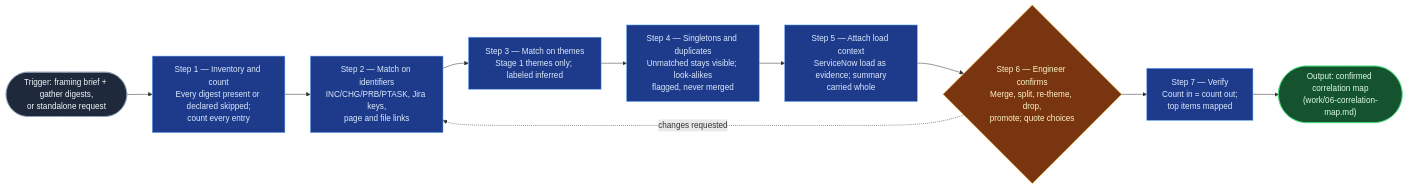
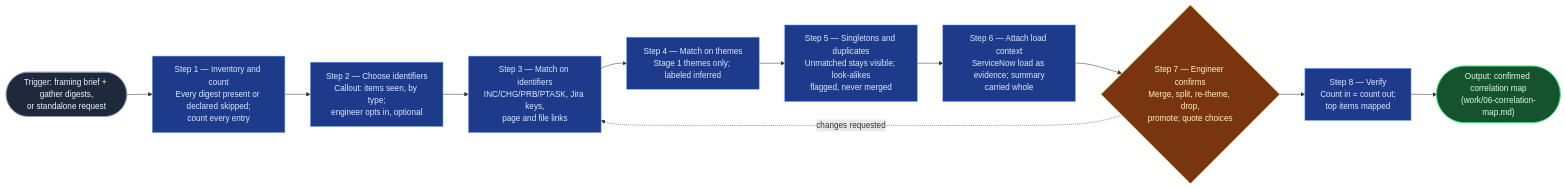
One commit to RafySauce/flow-lab changed the diagram in skill-foundry/review-skills/accomplishments-correlator/SKILL.md. Above: the diagram before and after it, drawn with Mermaid. The commit also changed other lines of this file and 1 other file, not shown here.

````diff
--- a/skill-foundry/review-skills/accomplishments-correlator/SKILL.md
+++ b/skill-foundry/review-skills/accomplishments-correlator/SKILL.md
@@ -47,18 +48,19 @@
 ```mermaid
 flowchart LR
     Start(["Trigger: framing brief + gather digests,<br/>or standalone request"]):::start --> I["Step 1 — Inventory and count<br/>Every digest present or declared skipped;<br/>count every entry"]:::process
-    I --> M["Step 2 — Match on identifiers<br/>INC/CHG/PRB/PTASK, Jira keys,<br/>page and file links"]:::process
-    M --> T["Step 3 — Match on themes<br/>Stage 1 themes only; labeled inferred"]:::process
-    T --> S["Step 4 — Singletons and duplicates<br/>Unmatched stays visible; look-alikes<br/>flagged, never merged"]:::process
-    S --> L["Step 5 — Attach load context<br/>ServiceNow load as evidence; summary<br/>carried whole"]:::process
-    L --> G{"Step 6 — Engineer confirms<br/>Merge, split, re-theme, drop,<br/>promote; quote choices"}:::decision
+    I --> X["Step 2 — Choose identifiers<br/>Callout: items seen, by type;<br/>engineer opts in, optional"]:::process
+    X --> M["Step 3 — Match on identifiers<br/>INC/CHG/PRB/PTASK, Jira keys,<br/>page and file links"]:::process
+    M --> T["Step 4 — Match on themes<br/>Stage 1 themes only; labeled inferred"]:::process
+    T --> S["Step 5 — Singletons and duplicates<br/>Unmatched stays visible; look-alikes<br/>flagged, never merged"]:::process
+    S --> L["Step 6 — Attach load context<br/>ServiceNow load as evidence; summary<br/>carried whole"]:::process
+    L --> G{"Step 7 — Engineer confirms<br/>Merge, split, re-theme, drop,<br/>promote; quote choices"}:::decision
     G -.->|"changes requested"| M
-    G --> V["Step 7 — Verify<br/>Count in = count out;<br/>top items mapped"]:::process
+    G --> V["Step 8 — Verify<br/>Count in = count out;<br/>top items mapped"]:::process
     V --> Output(["Output: confirmed correlation map<br/>(work/06-correlation-map.md)"]):::output
 
     classDef start fill:#1e293b,stroke:#94a3b8,color:#f1f5f9
     classDef process fill:#1e3a8a,stroke:#60a5fa,color:#dbeafe
     classDef decision fill:#78350f,stroke:#fbbf24,color:#fef3c7
     classDef output fill:#14532d,stroke:#4ade80,color:#dcfce7
     classDef halt fill:#7f1d1d,stroke:#f87171,color:#fee2e2
 ```
````
